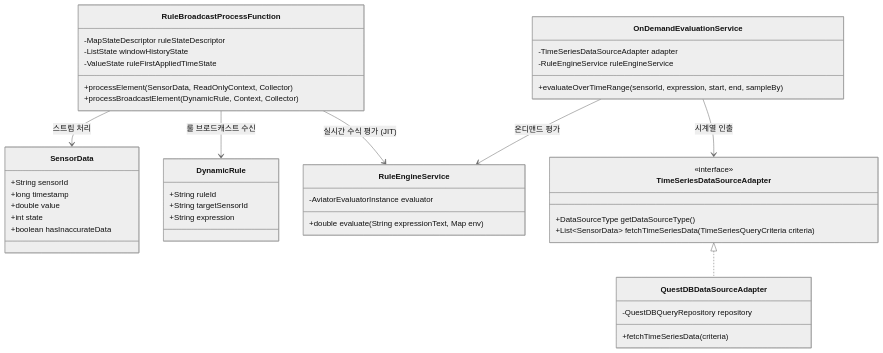
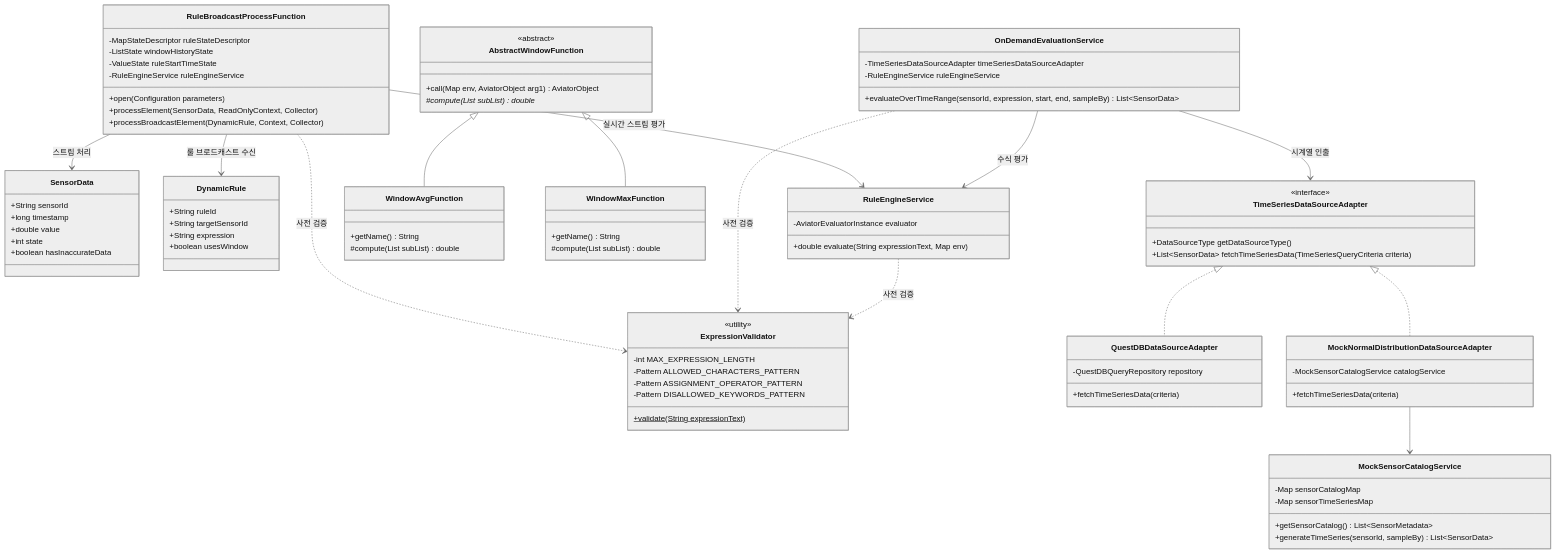
The third of 8 diagrams in ARCHITECTURE_GUIDE.md (imoil/formula-evaluator-service), drawn with Mermaid (neutral theme) before and after one commit. The commit also changed other lines of this file and 4 other files, not shown here.

First line of the commit message:
docs: update architecture, README, GEMINI, and frontend/streaming guides

````diff
--- a/ARCHITECTURE_GUIDE.md
+++ b/ARCHITECTURE_GUIDE.md
@@ -88,6 +214,7 @@
 ```mermaid
 classDiagram
     direction TB
+
     class SensorData {
         +String sensorId
         +long timestamp
@@ -100,6 +227,16 @@
         +String ruleId
         +String targetSensorId
         +String expression
+        +boolean usesWindow
+    }
+
+    class ExpressionValidator {
+        <<utility>>
+        -int MAX_EXPRESSION_LENGTH
+        -Pattern ALLOWED_CHARACTERS_PATTERN
+        -Pattern ASSIGNMENT_OPERATOR_PATTERN
+        -Pattern DISALLOWED_KEYWORDS_PATTERN
+        +validate(String expressionText)$
     }
 
     class RuleEngineService {
@@ -107,12 +244,20 @@
         +double evaluate(String expressionText, Map env)
     }
 
-    class RuleBroadcastProcessFunction {
-        -MapStateDescriptor ruleStateDescriptor
-        -ListState windowHistoryState
-        -ValueState ruleFirstAppliedTimeState
-        +processElement(SensorData, ReadOnlyContext, Collector)
-        +processBroadcastElement(DynamicRule, Context, Collector)
+    class AbstractWindowFunction {
+        <<abstract>>
+        +call(Map env, AviatorObject arg1) AviatorObject
+        #compute(List subList)* double
+    }
+
+    class WindowAvgFunction {
+        +getName() String
+        #compute(List subList) double
+    }
+
+    class WindowMaxFunction {
+        +getName() String
+        #compute(List subList) double
     }
 
     class TimeSeriesDataSourceAdapter {
@@ -126,16 +271,47 @@
         +fetchTimeSeriesData(criteria)
     }
 
-    class OnDemandEvaluationService {
-        -TimeSeriesDataSourceAdapter adapter
-        -RuleEngineService ruleEngineService
-        +evaluateOverTimeRange(sensorId, expression, start, end, sampleBy)
+    class MockNormalDistributionDataSourceAdapter {
+        -MockSensorCatalogService catalogService
+        +fetchTimeSeriesData(criteria)
     }
 
-    RuleBroadcastProcessFunction --> RuleEngineService : 실시간 수식 평가 (JIT)
+    class MockSensorCatalogService {
+        -Map sensorCatalogMap
+        -Map sensorTimeSeriesMap
+        +getSensorCatalog() List~SensorMetadata~
+        +generateTimeSeries(sensorId, sampleBy) List~SensorData~
+    }
+
+    class OnDemandEvaluationService {
+        -TimeSeriesDataSourceAdapter timeSeriesDataSourceAdapter
+        -RuleEngineService ruleEngineService
+        +evaluateOverTimeRange(sensorId, expression, start, end, sampleBy) List~SensorData~
+    }
+
+    class RuleBroadcastProcessFunction {
+        -MapStateDescriptor ruleStateDescriptor
+        -ListState windowHistoryState
+        -ValueState ruleStartTimeState
+        -RuleEngineService ruleEngineService
+        +open(Configuration parameters)
+        +processElement(SensorData, ReadOnlyContext, Collector)
+        +processBroadcastElement(DynamicRule, Context, Collector)
+    }
+
+    AbstractWindowFunction <|-- WindowAvgFunction
+    AbstractWindowFunction <|-- WindowMaxFunction
+    TimeSeriesDataSourceAdapter <|.. QuestDBDataSourceAdapter
+    TimeSeriesDataSourceAdapter <|.. MockNormalDistributionDataSourceAdapter
+    MockNormalDistributionDataSourceAdapter --> MockSensorCatalogService
+
+    RuleEngineService ..> ExpressionValidator : 사전 검증
+    OnDemandEvaluationService ..> ExpressionValidator : 사전 검증
+    RuleBroadcastProcessFunction ..> ExpressionValidator : 사전 검증
+
+    OnDemandEvaluationService --> TimeSeriesDataSourceAdapter : 시계열 인출
+    OnDemandEvaluationService --> RuleEngineService : 수식 평가
+    RuleBroadcastProcessFunction --> RuleEngineService : 실시간 스트림 평가
     RuleBroadcastProcessFunction --> SensorData : 스트림 처리
     RuleBroadcastProcessFunction --> DynamicRule : 룰 브로드캐스트 수신
-    OnDemandEvaluationService --> TimeSeriesDataSourceAdapter : 시계열 인출
-    OnDemandEvaluationService --> RuleEngineService : 온디맨드 평가
-    TimeSeriesDataSourceAdapter <|.. QuestDBDataSourceAdapter
 ```
````
